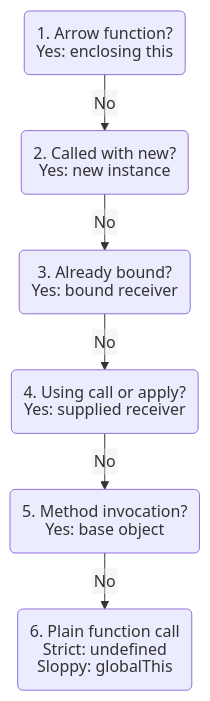
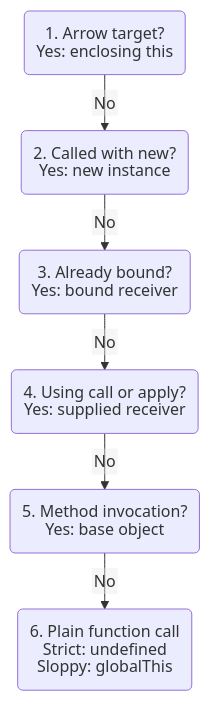
The diagram in diagrams/this-binding.mmd (msiric/memoized), drawn with Mermaid before and after one commit. The commit also changed 1 other file, not shown here.

Commit message:
fix(visualizations): classify bound arrows by their target
The first decision must also catch an arrow wrapped by bind; such wrappers still use lexical this and remain non-constructible. This avoids suggesting the later bound-receiver rule can replace an arrow's this.

Copilot-Session: 15006374-df5d-46be-938b-909d15514619

```diff
--- a/diagrams/this-binding.mmd
+++ b/diagrams/this-binding.mmd
@@ -1,21 +1,21 @@
 ---
 config:
   htmlLabels: false
   flowchart:
     padding: 12
     rankSpacing: 30
 ---
 flowchart TB
   accTitle: Determine this for a function invocation
-  accDescr: Read top to bottom and stop at the first matching rule. Arrows use lexical this. Construction uses a new instance. Ordinary calls to bound functions retain their bound receiver. Otherwise call or apply supply a receiver, method calls use their base object, and plain calls depend on the function's strictness.
-  arrow("1. Arrow function?<br/>Yes: enclosing this")
+  accDescr: Read top to bottom and stop at the first matching rule. An arrow target uses lexical this even through a bound wrapper. Construction uses a new instance. Ordinary calls to bound non-arrow functions retain their bound receiver. Otherwise call or apply supply a receiver, method calls use their base object, and plain calls depend on the function's strictness.
+  arrow("1. Arrow target?<br/>Yes: enclosing this")
   construct("2. Called with new?<br/>Yes: new instance")
   bound("3. Already bound?<br/>Yes: bound receiver")
   explicit("4. Using call or apply?<br/>Yes: supplied receiver")
   method("5. Method invocation?<br/>Yes: base object")
   plain("6. Plain function call<br/>Strict: undefined<br/>Sloppy: globalThis")
   arrow -->|No| construct
   construct -->|No| bound
   bound -->|No| explicit
   explicit -->|No| method
   method -->|No| plain
```
